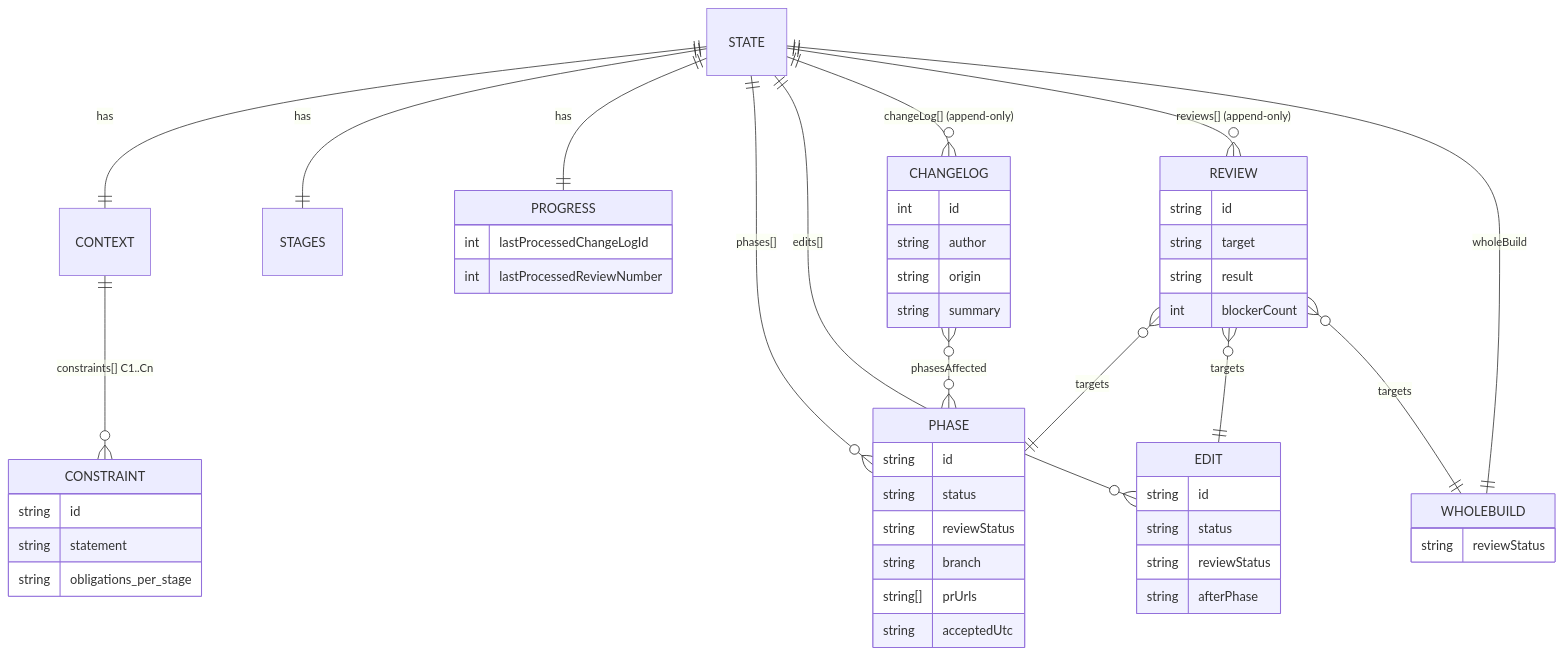
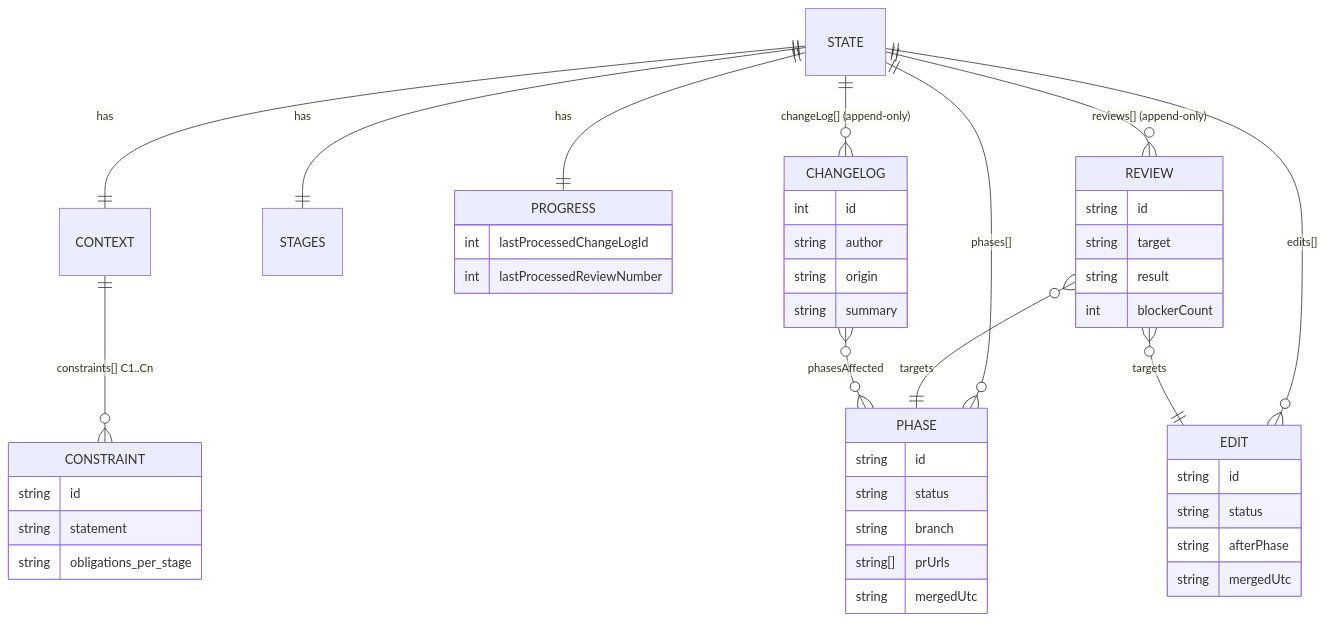
One commit to Mabeesha/AppModernizationHarness changed the second of 4 diagrams in docs/DESIGN.md. Above: the diagram before and after it, drawn with Mermaid. The commit also changed other lines of this file and 11 other files, not shown here.

````diff
--- a/docs/DESIGN.md
+++ b/docs/DESIGN.md
@@ -77,24 +85,21 @@
 ```mermaid
 erDiagram
     STATE ||--|| CONTEXT : has
     STATE ||--|| STAGES : has
     STATE ||--|| PROGRESS : has
     STATE ||--o{ PHASE : "phases[]"
     STATE ||--o{ EDIT : "edits[]"
     STATE ||--o{ CHANGELOG : "changeLog[] (append-only)"
     STATE ||--o{ REVIEW : "reviews[] (append-only)"
-    STATE ||--|| WHOLEBUILD : "wholeBuild"
     CONTEXT ||--o{ CONSTRAINT : "constraints[] C1..Cn"
     REVIEW }o--|| PHASE : targets
     REVIEW }o--|| EDIT : targets
-    REVIEW }o--|| WHOLEBUILD : targets
     CHANGELOG }o--o{ PHASE : phasesAffected
 
     CONSTRAINT { string id  string statement  string obligations_per_stage }
-    PHASE   { string id  string status  string reviewStatus  string branch  string[] prUrls  string acceptedUtc }
-    EDIT    { string id  string status  string reviewStatus  string afterPhase }
+    PHASE   { string id  string status  string branch  string[] prUrls  string mergedUtc }
+    EDIT    { string id  string status  string afterPhase  string mergedUtc }
     CHANGELOG { int id  string author  string origin  string summary }
     REVIEW  { string id  string target  string result  int blockerCount }
-    WHOLEBUILD { string reviewStatus }
     PROGRESS { int lastProcessedChangeLogId  int lastProcessedReviewNumber }
 ```
````
